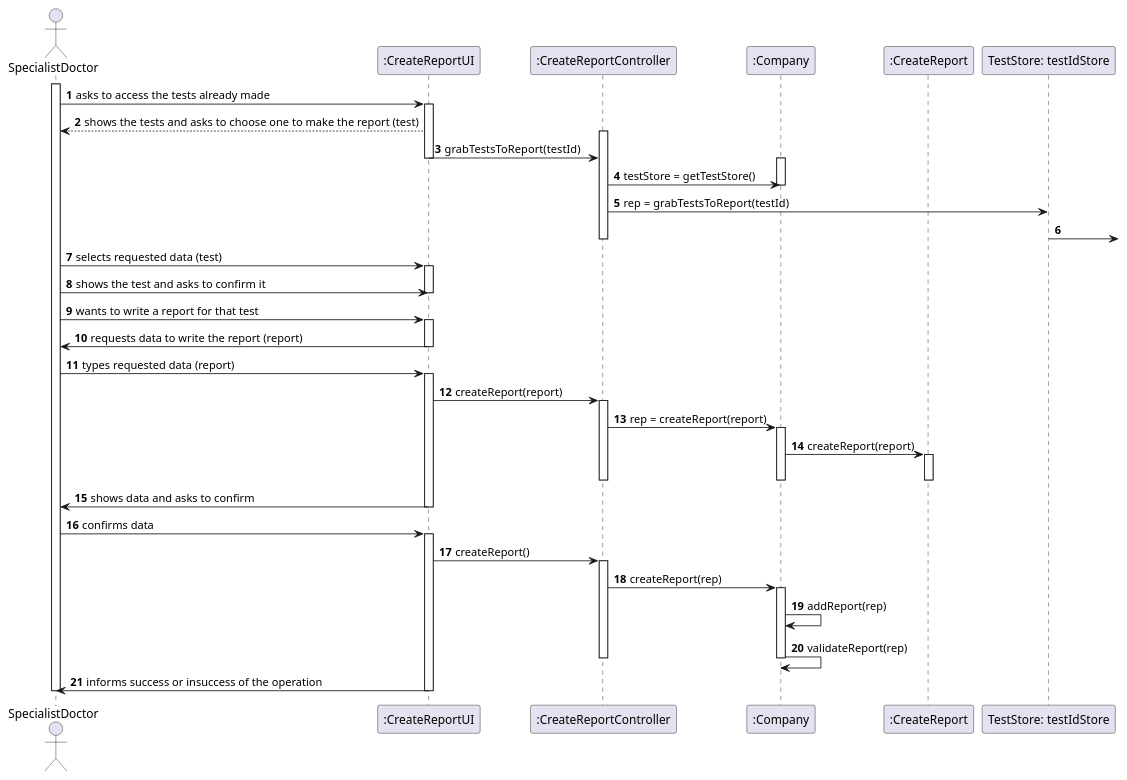
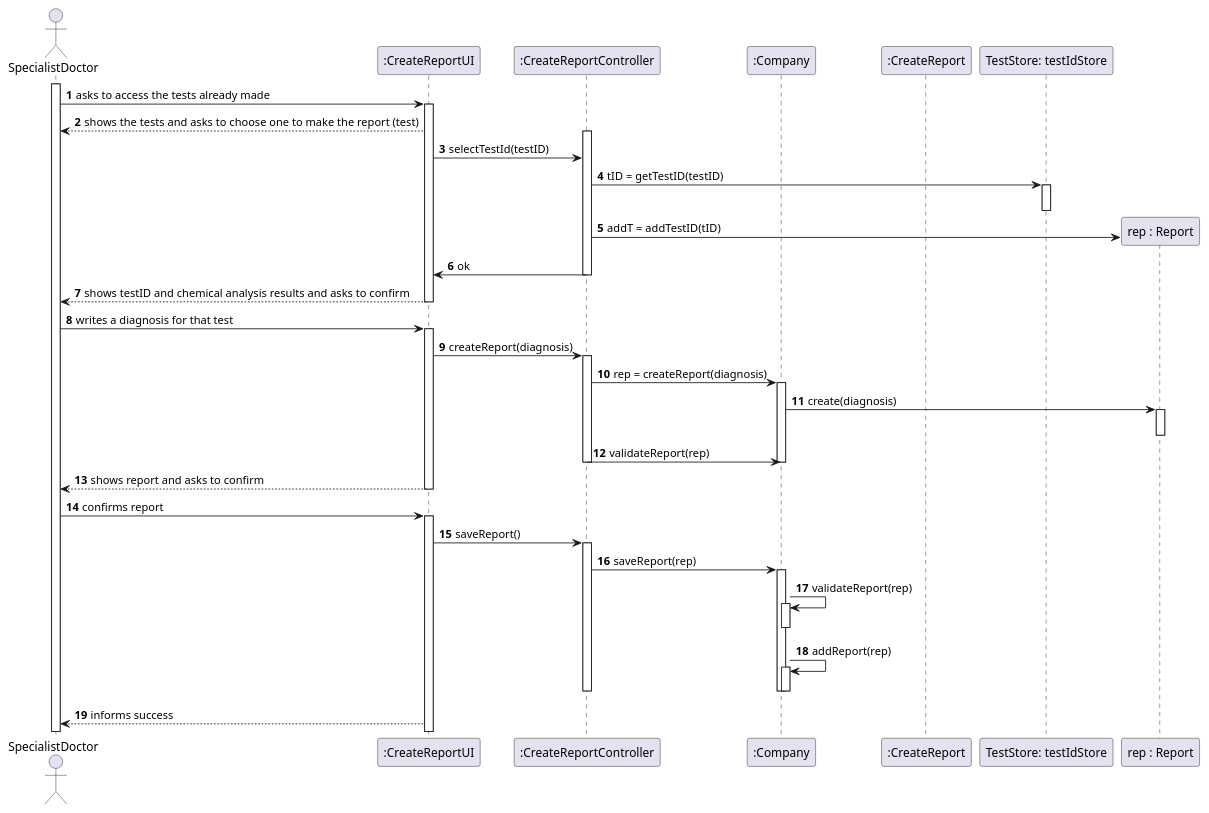
One commit to jsmarques98/LAPR2-ISEP changed the diagram in docs/SprintC/US14/US14_SD.puml. Above: the diagram before and after it, drawn with PlantUML. The commit also changed 7 other files, not shown here.

```diff
--- a/docs/SprintC/US14/US14_SD.puml
+++ b/docs/SprintC/US14/US14_SD.puml
@@ -1,110 +1,105 @@
 @startuml
 autonumber
 
 actor "SpecialistDoctor" as Spec
 
 participant ":CreateReportUI" as UI
 participant ":CreateReportController" as CRC
 participant ":Company" as COM
 participant ":CreateReport" as CR
 participant "TestStore: testIdStore" as TS
+participant "rep : Report" as reporttt
 
 activate Spec
 
 Spec -> UI : asks to access the tests already made
 
 activate UI
 
 UI --> Spec : shows the tests and asks to choose one to make the report (test)
 
 activate CRC
 
-UI -> CRC : grabTestsToReport(testId)
+UI -> CRC : selectTestId(testID)
+
+
+CRC -> TS : tID = getTestID(testID)
+
+activate TS
+
+deactivate TS
+
+create reporttt
+
+CRC -> reporttt : addT = addTestID(tID)
+
+CRC -> UI : ok
+
+deactivate CRC
+
+Spec <-- UI : shows testID and chemical analysis results and asks to confirm
 
 deactivate UI
+
+
+
+Spec -> UI : writes a diagnosis for that test
+
+activate UI
+
+
+UI -> CRC : createReport(diagnosis)
+
+activate CRC
+
+
+CRC -> COM : rep = createReport(diagnosis)
+
 activate COM
 
-CRC -> COM : testStore = getTestStore()
+COM -> reporttt : create(diagnosis)
+
+activate reporttt
+
+deactivate reporttt
+
+CRC -> COM : validateReport(rep)
 
 deactivate COM
 
-CRC -> TS : rep = grabTestsToReport(testId)
+deactivate CRC
 
-TS ->
+UI --> Spec : shows report and asks to confirm
+
+deactivate UI
+
+Spec -> UI : confirms report
+
+activate UI
+
+UI -> CRC : saveReport()
+
+activate CRC
+
+CRC -> COM : saveReport(rep)
+
+activate COM
+
+COM -> COM : validateReport(rep)
+
+activate COM
+
+deactivate COM
+
+COM -> COM : addReport(rep)
+
+activate COM
+
+deactivate COM
+
+deactivate COM
 
 deactivate CRC
 
-
-
-Spec -> UI : selects requested data (test)
-
-activate UI
-
-Spec -> UI : shows the test and asks to confirm it
-
-deactivate UI
-
-Spec -> UI : wants to write a report for that test
-
-activate UI
-
-UI -> Spec : requests data to write the report (report)
-
-deactivate UI
-
-Spec -> UI : types requested data (report)
-
-activate UI
-
-UI -> CRC : createReport(report)
-
-activate CRC
-
-CRC -> COM : rep = createReport(report)
-
-activate COM
-
-COM -> CR : createReport(report)
-
-activate CR
-
-deactivate CRC
-deactivate CR
-deactivate COM
-
-UI -> Spec : shows data and asks to confirm
-
-deactivate UI
-
-Spec -> UI : confirms data
-
-activate UI
-
-UI -> CRC : createReport()
-
-activate CRC
-
-CRC -> COM : createReport(rep)
-
-activate COM
-
-COM -> COM : addReport(rep)
-COM -> COM: validateReport(rep)
-
-deactivate COM
-deactivate CRC
-
-UI -> Spec : informs success or insuccess of the operation
-
-deactivate UI
-deactivate Spec
-
-
-
-
-
-
-
-
-
+UI --> Spec : informs success
 @enduml
```
